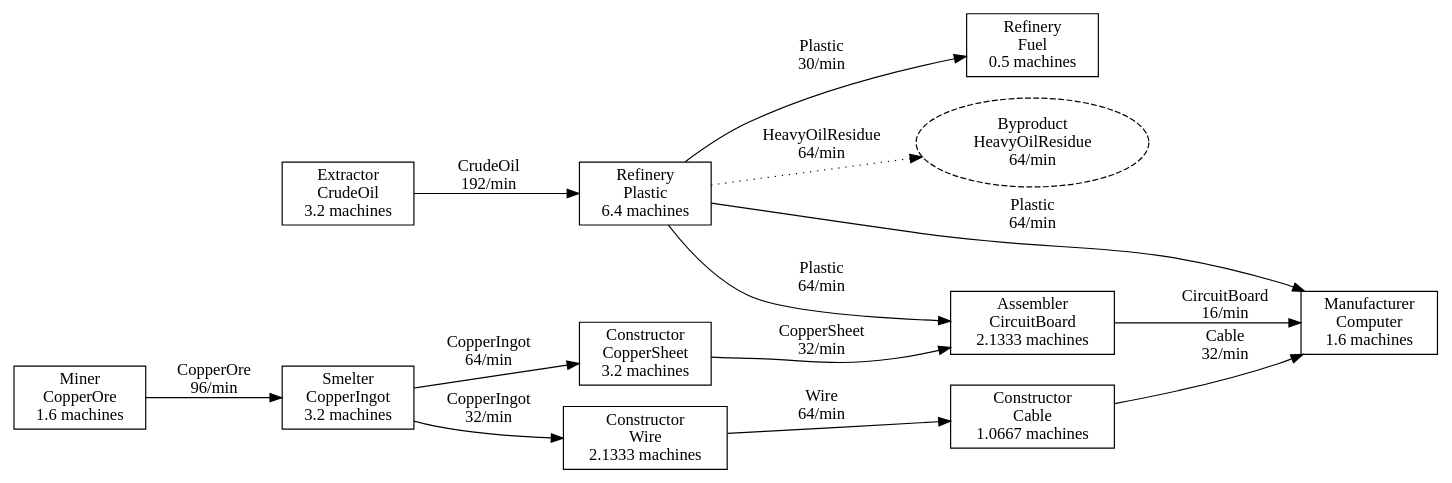
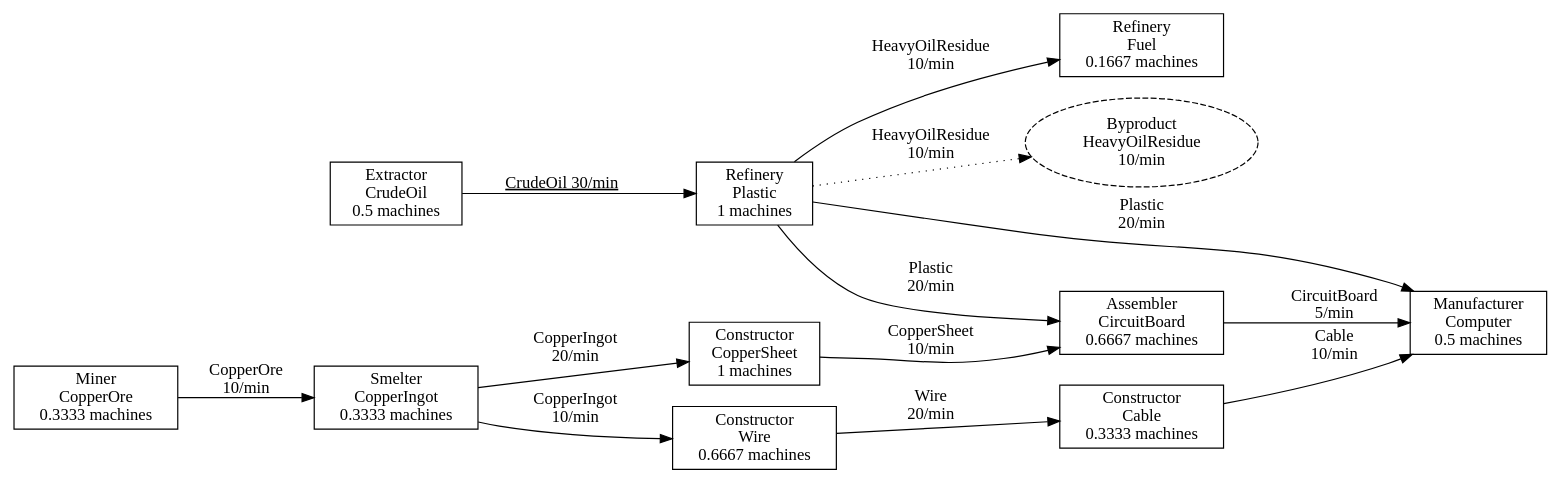
One commit to Lv100Luca/satis-modeler changed the diagram in Satis Modeller/bin/Debug/net9.0/production_graph.dot. Above: the diagram before and after it, drawn with Graphviz. The commit also changed 7 other files, not shown here.

```diff
--- a/Satis Modeller/bin/Debug/net9.0/production_graph.dot
+++ b/Satis Modeller/bin/Debug/net9.0/production_graph.dot
@@ -1,40 +1,40 @@
 digraph G {
 rankdir=LR;
-"32854180" [label="Manufacturer\nComputer\n1.6 machines", shape=box];
-"27252167" [label="Assembler\nCircuitBoard\n2.1333 machines", shape=box];
+"32854180" [label="Manufacturer\nComputer\n0.5 machines", shape=box];
+"27252167" [label="Assembler\nCircuitBoard\n0.6667 machines", shape=box];
 "27252167" -> "32854180" [label="CircuitBoard
-16/min"];
-"23458411" [label="Refinery\nPlastic\n6.4 machines", shape=box];
-"23458411" -> "32854180" [label="Plastic
-64/min"];
-"23458411" -> "27252167" [label="Plastic
-64/min"];
-"23458411" -> "30015890" [label="Plastic
-30/min"];
-"byproduct_23458411_HeavyOilResidue" [label="Byproduct
+ 5/min"];
+"21083178" [label="Refinery\nPlastic\n1 machines", shape=box];
+"21083178" -> "32854180" [label="Plastic
+ 20/min"];
+"21083178" -> "27252167" [label="Plastic
+ 20/min"];
+"21083178" -> "30015890" [label="HeavyOilResidue
+ 10/min"];
+"byproduct_21083178_HeavyOilResidue" [label="Byproduct
 HeavyOilResidue
-64/min", shape=ellipse, style=dashed];
-"23458411" -> "byproduct_23458411_HeavyOilResidue" [label="HeavyOilResidue
-64/min",style=dotted];
-"59941933" [label="Smelter\nCopperIngot\n3.2 machines", shape=box];
-"59941933" -> "55530882" [label="CopperIngot
-32/min"];
+10/min", shape=ellipse, style=dashed];
+"21083178" -> "byproduct_21083178_HeavyOilResidue" [label="HeavyOilResidue
+ 10/min",style=dotted];
+"59941933" [label="Smelter\nCopperIngot\n0.3333 machines", shape=box];
+"59941933" -> "23458411" [label="CopperIngot
+ 10/min"];
 "59941933" -> "43942917" [label="CopperIngot
-64/min"];
-"55530882" [label="Constructor\nWire\n2.1333 machines", shape=box];
-"55530882" -> "21083178" [label="Wire
-64/min"];
-"21083178" [label="Constructor\nCable\n1.0667 machines", shape=box];
-"21083178" -> "32854180" [label="Cable
-32/min"];
-"43942917" [label="Constructor\nCopperSheet\n3.2 machines", shape=box];
+ 20/min"];
+"23458411" [label="Constructor\nWire\n0.6667 machines", shape=box];
+"23458411" -> "9799115" [label="Wire
+ 20/min"];
+"9799115" [label="Constructor\nCable\n0.3333 machines", shape=box];
+"9799115" -> "32854180" [label="Cable
+ 10/min"];
+"43942917" [label="Constructor\nCopperSheet\n1 machines", shape=box];
 "43942917" -> "27252167" [label="CopperSheet
-32/min"];
-"9799115" [label="Extractor\nCrudeOil\n3.2 machines", shape=box];
-"9799115" -> "23458411" [label="CrudeOil
-192/min"];
-"2606490" [label="Miner\nCopperOre\n1.6 machines", shape=box];
+ 10/min"];
+"55530882" [label="Extractor\nCrudeOil\n0.5 machines", shape=box];
+"55530882" -> "21083178" [label=< <U>CrudeOil
+ 30/min</U> >];
+"2606490" [label="Miner\nCopperOre\n0.3333 machines", shape=box];
 "2606490" -> "59941933" [label="CopperOre
-96/min"];
-"30015890" [label="Refinery\nFuel\n0.5 machines", shape=box];
+ 10/min"];
+"30015890" [label="Refinery\nFuel\n0.1667 machines", shape=box];
 }
```
